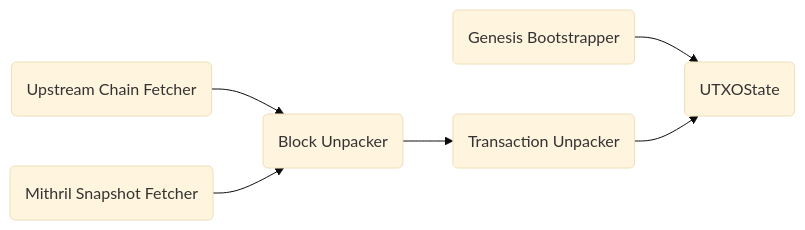
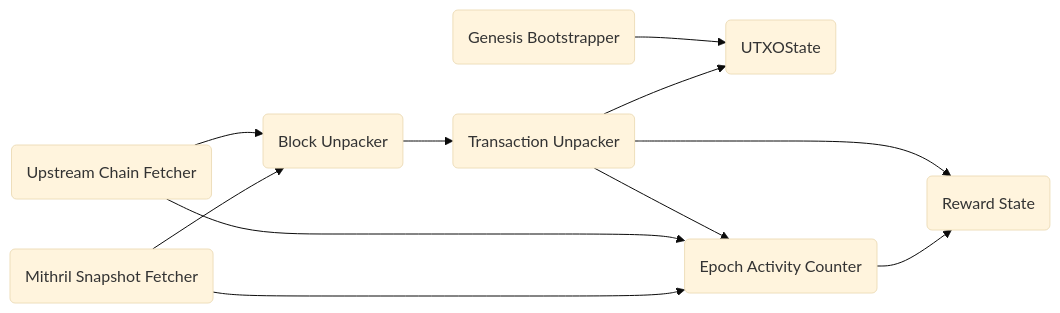
The second of 2 diagrams in README.md (input-output-hk/acropolis), drawn with Mermaid (base theme) before and after one commit. The commit also changed other lines of this file and 7 other files, not shown here.

````diff
--- a/README.md
+++ b/README.md
@@ -60,16 +61,23 @@
 ```mermaid
 graph LR
 
    UpstreamChainFetcher(Upstream Chain Fetcher)
    GenesisBootstrapper(Genesis Bootstrapper)
    MithrilSnapshotFetcher(Mithril Snapshot Fetcher)
    BlockUnpacker(Block Unpacker)
    TxUnpacker(Transaction Unpacker)
    UTXOState(UTXOState)
+   EpochActivityCounter(Epoch Activity Counter)
+   RewardState(Reward State)
 
    UpstreamChainFetcher --> BlockUnpacker
    MithrilSnapshotFetcher --> BlockUnpacker
    BlockUnpacker --> TxUnpacker
    GenesisBootstrapper --> UTXOState
    TxUnpacker --> UTXOState
+   TxUnpacker --> EpochActivityCounter
+   TxUnpacker --> RewardState
+   UpstreamChainFetcher --> EpochActivityCounter
+   MithrilSnapshotFetcher --> EpochActivityCounter
+   EpochActivityCounter --> RewardState
 ```
````
